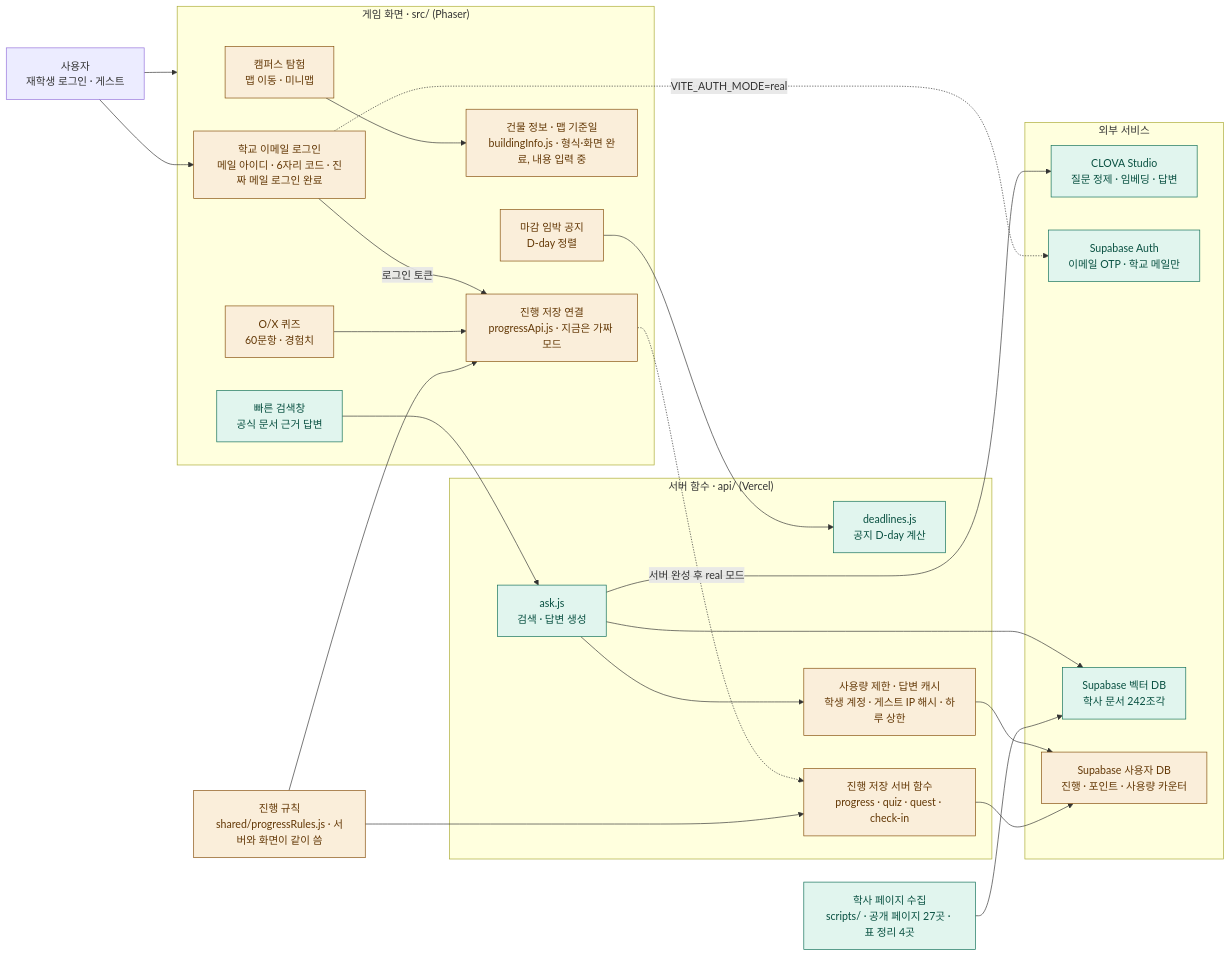
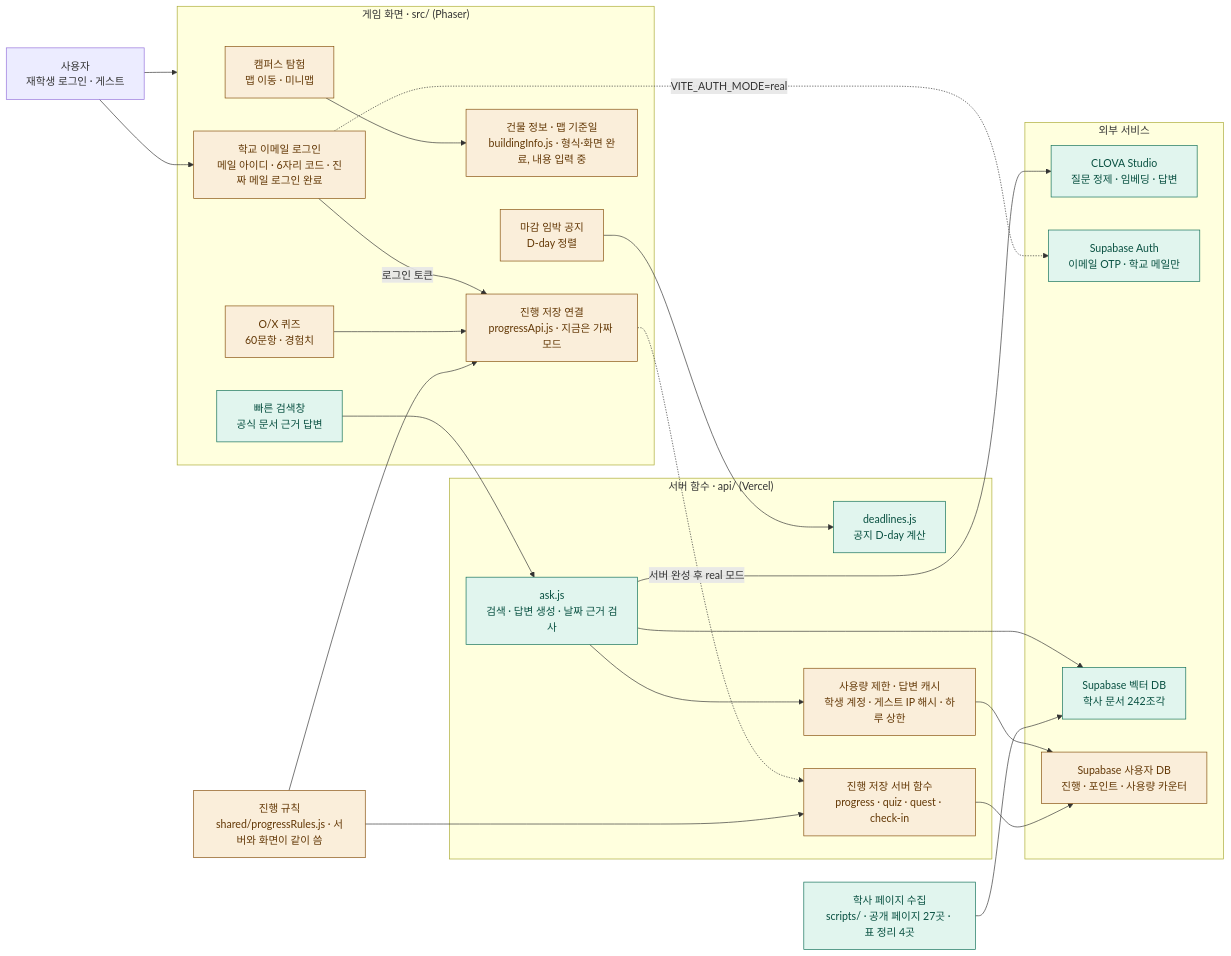
One commit to 202502859-source/hufs-quest changed the diagram in docs/ARCHITECTURE.md. Above: the diagram before and after it, drawn with Mermaid. The commit also changed other lines of this file and 7 other files, not shown here.

````diff
--- a/docs/ARCHITECTURE.md
+++ b/docs/ARCHITECTURE.md
@@ -8,57 +8,57 @@
 ```mermaid
 flowchart LR
     user["사용자<br/>재학생 로그인 · 게스트"]
 
     subgraph game["게임 화면 · src/ (Phaser)"]
         explore["캠퍼스 탐험<br/>맵 이동 · 미니맵"]
         search["빠른 검색창<br/>공식 문서 근거 답변"]
         quiz["O/X 퀴즈<br/>60문항 · 경험치"]
         notice["마감 임박 공지<br/>D-day 정렬"]
         mapInfo["건물 정보 · 맵 기준일<br/>buildingInfo.js · 형식·화면 완료, 내용 입력 중"]
         progress["진행 저장 연결<br/>progressApi.js · 지금은 가짜 모드"]
         login["학교 이메일 로그인<br/>메일 아이디 · 6자리 코드 · 진짜 메일 로그인 완료"]
     end
 
     rules["진행 규칙<br/>shared/progressRules.js · 서버와 화면이 같이 씀"]
 
     subgraph server["서버 함수 · api/ (Vercel)"]
-        ask["ask.js<br/>검색 · 답변 생성"]
+        ask["ask.js<br/>검색 · 답변 생성 · 날짜 근거 검사"]
         deadlines["deadlines.js<br/>공지 D-day 계산"]
         newApi["진행 저장 서버 함수<br/>progress · quiz · quest · check-in"]
         limiter["사용량 제한 · 답변 캐시<br/>학생 계정 · 게스트 IP 해시 · 하루 상한"]
     end
 
     subgraph external["외부 서비스"]
         clova["CLOVA Studio<br/>질문 정제 · 임베딩 · 답변"]
         supaAuth["Supabase Auth<br/>이메일 OTP · 학교 메일만"]
         vector["Supabase 벡터 DB<br/>학사 문서 242조각"]
         userDb["Supabase 사용자 DB<br/>진행 · 포인트 · 사용량 카운터"]
     end
 
     collect["학사 페이지 수집<br/>scripts/ · 공개 페이지 27곳 · 표 정리 4곳"]
 
     user --> game
     user --> login
     login -.->|"VITE_AUTH_MODE=real"| supaAuth
     login -->|"로그인 토큰"| progress
     search --> ask
     notice --> deadlines
     quiz --> progress
     progress -.->|"서버 완성 후 real 모드"| newApi
     rules --> progress
     rules --> newApi
     explore --> mapInfo
     ask --> limiter
     limiter --> userDb
     ask --> clova
     ask --> vector
     newApi --> userDb
     collect --> vector
 
     classDef done fill:#E1F5EE,stroke:#0F6E56,color:#085041
     classDef partial fill:#FAEEDA,stroke:#854F0B,color:#633806
     classDef todo fill:#FAECE7,stroke:#993C1D,color:#712B13,stroke-dasharray:5 3
 
     class search,ask,deadlines,clova,vector,collect,supaAuth done
     class explore,quiz,notice,progress,rules,userDb,login,limiter,mapInfo,newApi partial
 ```
````
